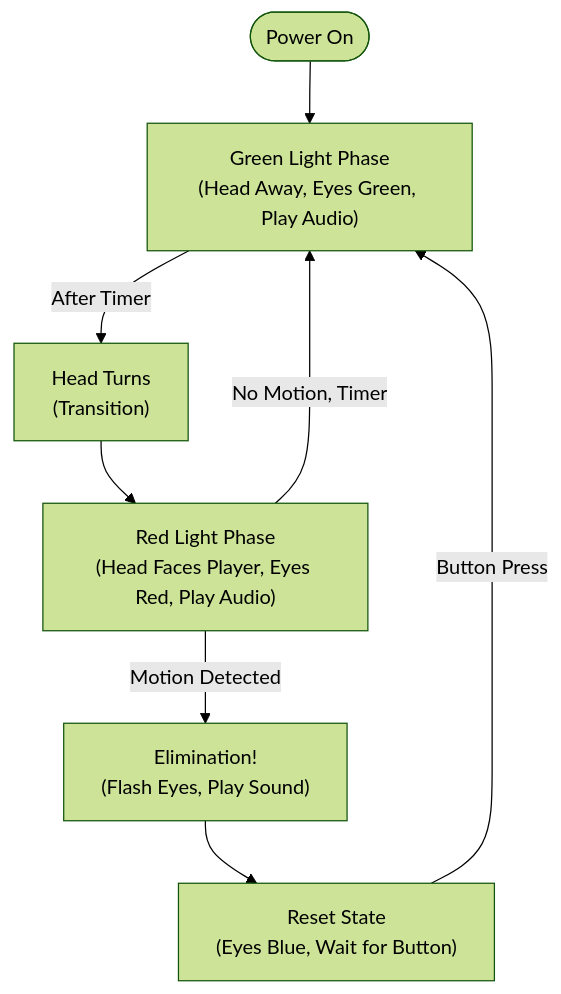
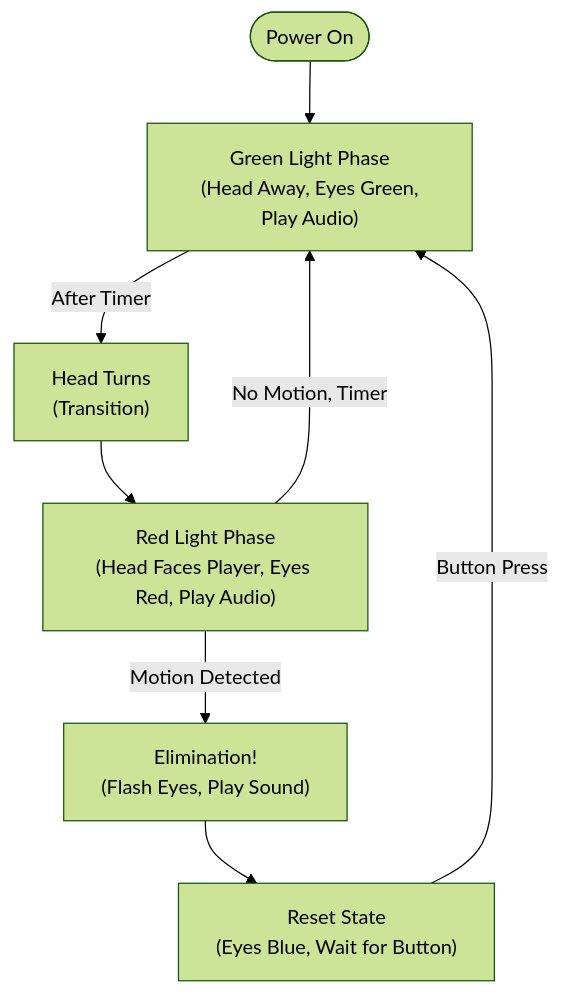
One commit to Akshat394/Squid-Game-Doll-Embedded-Real-Time-Motion-Detection-System changed the diagram in README.md. Above: the diagram before and after it, drawn with Mermaid (forest theme).

````diff
--- a/README.md
+++ b/README.md
@@ -34,10 +34,10 @@
 ```mermaid
 flowchart TD
-    Start([Power On]) --> Green["Green Light Phase\n(Head Away, Eyes Green, Play Audio)"]
-    Green -->|After Timer| RedTrans["Head Turns\n(Transition)"]
+    Start([Power On]) --> Green["Green Light Phase\n (Head Away, Eyes Green, Play Audio)"]
+    Green -->|After Timer| RedTrans["Head Turns\n (Transition)"]
     RedTrans --> Red["Red Light Phase\n(Head Faces Player, Eyes Red, Play Audio)"]
-    Red -->|Motion Detected| Elim["Elimination!\n(Flash Eyes, Play Sound)"]
+    Red -->|Motion Detected| Elim["Elimination!\n (Flash Eyes, Play Sound)"]
     Red -->|No Motion, Timer| Green
-    Elim --> Reset["Reset State\n(Eyes Blue, Wait for Button)"]
+    Elim --> Reset["Reset State\n (Eyes Blue, Wait for Button)"]
     Reset -->|Button Press| Green
 ```
````
